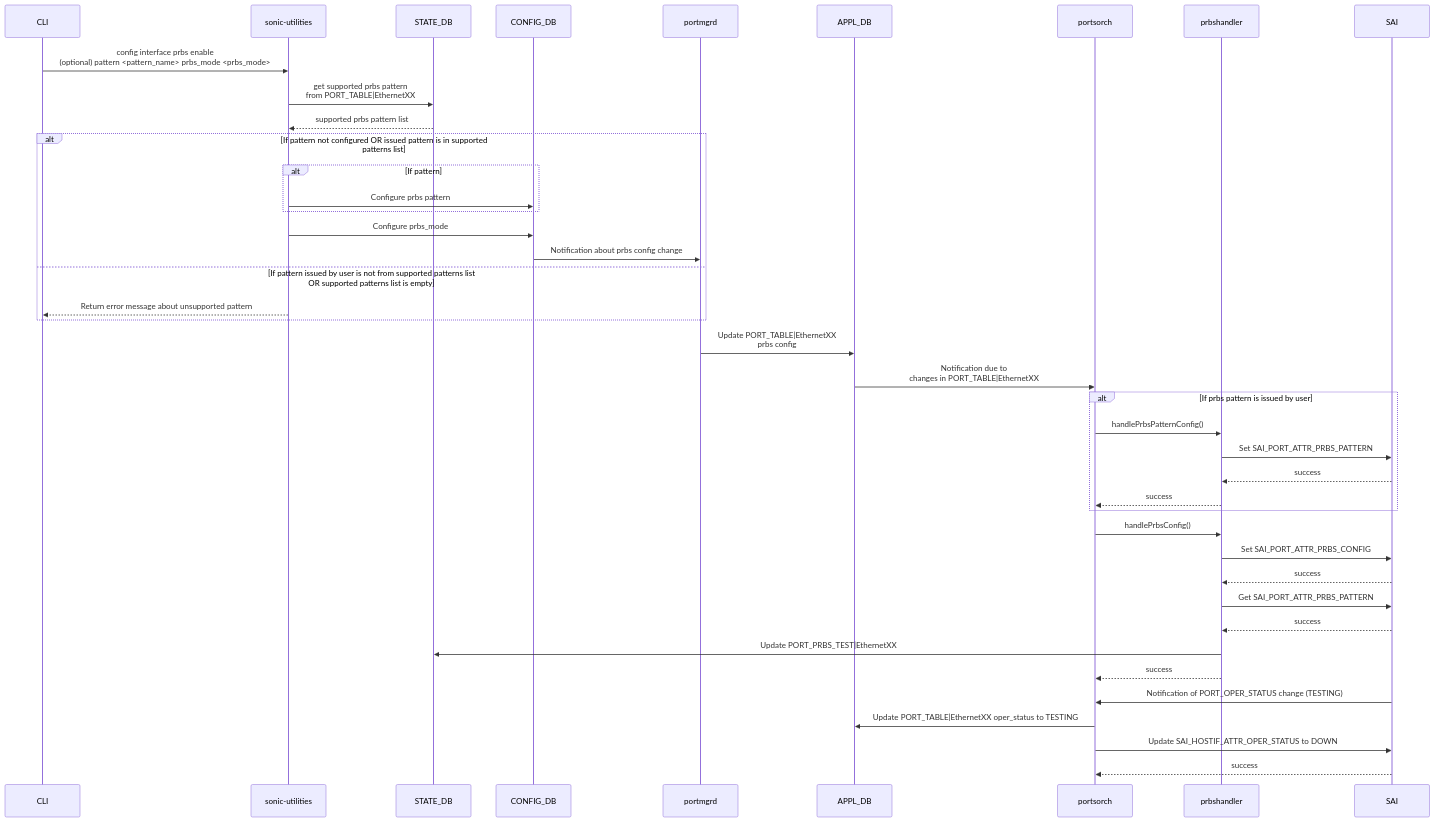
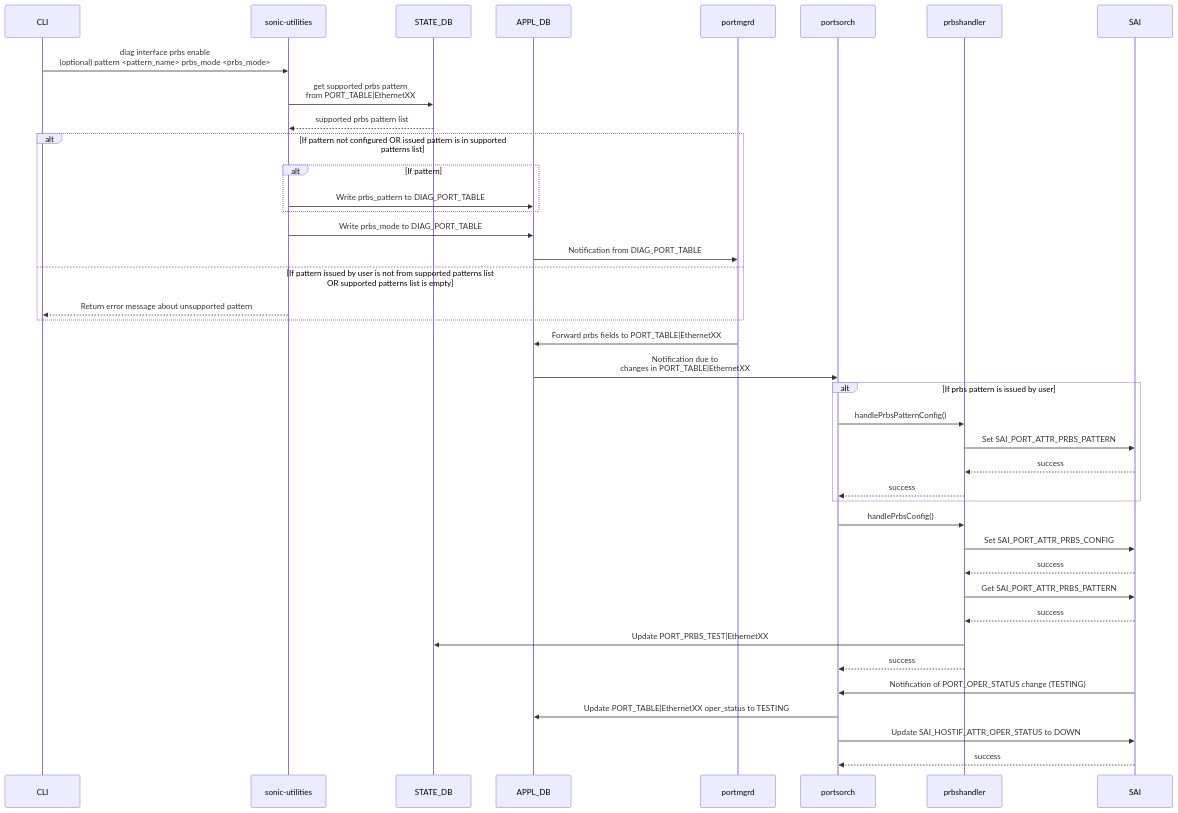
The third of 5 diagrams in doc/prbs/PRBS_Per_Lane_HLD.md (sonic-net/SONiC), drawn with Mermaid before and after one commit. The commit also changed other lines of this file and 1 other file, not shown here.

First line of the commit message:
Update PRBS HLD to use diag CLI

````diff
--- a/doc/prbs/PRBS_Per_Lane_HLD.md
+++ b/doc/prbs/PRBS_Per_Lane_HLD.md
@@ -415,48 +406,47 @@
 ```mermaid
 sequenceDiagram
     participant CLI
     participant sonic-utilities
     participant STATE_DB
-    participant CONFIG_DB
+    participant APPL_DB
     participant portmgrd
-    participant APPL_DB
     participant portsorch
     participant prbshandler
 
-    CLI->>sonic-utilities: config interface prbs enable <br/> (optional) pattern <pattern_name> prbs_mode <prbs_mode>
+    CLI->>sonic-utilities: diag interface prbs enable <br/> (optional) pattern <pattern_name> prbs_mode <prbs_mode>
     sonic-utilities->>STATE_DB: get supported prbs pattern <br/> from PORT_TABLE|EthernetXX
     STATE_DB-->>sonic-utilities: supported prbs pattern list
 
     alt If pattern not configured OR issued pattern is in supported patterns list
         alt If pattern
-        sonic-utilities->>CONFIG_DB: Configure prbs pattern
+        sonic-utilities->>APPL_DB: Write prbs_pattern to DIAG_PORT_TABLE
         end
-        sonic-utilities->>CONFIG_DB: Configure prbs_mode
-        CONFIG_DB->>portmgrd: Notification about prbs config change
+        sonic-utilities->>APPL_DB: Write prbs_mode to DIAG_PORT_TABLE
+        APPL_DB->>portmgrd: Notification from DIAG_PORT_TABLE
     else If pattern issued by user is not from supported patterns list <br/> OR supported patterns list is empty
         sonic-utilities-->>CLI: Return error message about unsupported pattern
     end
 
-    portmgrd->>APPL_DB: Update PORT_TABLE|EthernetXX <br/> prbs config
+    portmgrd->>APPL_DB: Forward prbs fields to PORT_TABLE|EthernetXX
     APPL_DB->>portsorch: Notification due to <br/> changes in PORT_TABLE|EthernetXX
 
     alt If prbs pattern is issued by user
       portsorch->>prbshandler: handlePrbsPatternConfig()
       prbshandler->>SAI: Set SAI_PORT_ATTR_PRBS_PATTERN
       SAI-->>prbshandler: success
       prbshandler-->>portsorch: success
     end
 
     portsorch->>prbshandler: handlePrbsConfig()
     prbshandler->>SAI: Set SAI_PORT_ATTR_PRBS_CONFIG
     SAI-->>prbshandler: success
     prbshandler->>SAI: Get SAI_PORT_ATTR_PRBS_PATTERN
     SAI-->>prbshandler: success
     prbshandler->>STATE_DB: Update PORT_PRBS_TEST|EthernetXX
     prbshandler-->>portsorch: success
 
     SAI->>portsorch: Notification of PORT_OPER_STATUS change (TESTING)
     portsorch->>APPL_DB: Update PORT_TABLE|EthernetXX oper_status to TESTING
     portsorch->>SAI: Update SAI_HOSTIF_ATTR_OPER_STATUS to DOWN
     SAI-->>portsorch: success
 ```
````
